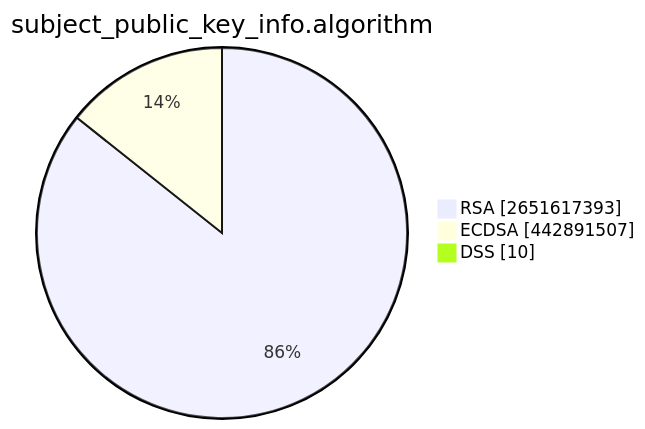
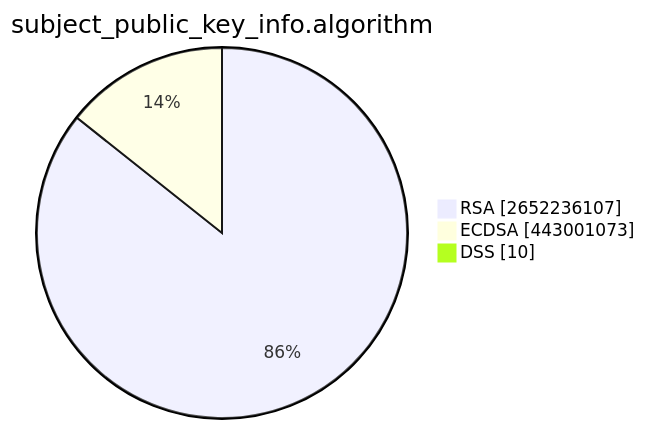
Before and after one commit to christiankrug/ctmonitor_visualization: the second of 15 diagrams in TOTAL/README.md, drawn with Mermaid. The commit also changed other lines of this file, not shown here.

````diff
--- a/TOTAL/README.md
+++ b/TOTAL/README.md
@@ -6,7 +6,7 @@
 ```mermaid
 pie showData
 title subject_public_key_info.algorithm
-"RSA" :2651617393
-"ECDSA" :442891507
+"RSA" :2652236107
+"ECDSA" :443001073
 "DSS" :10
 ```
````
